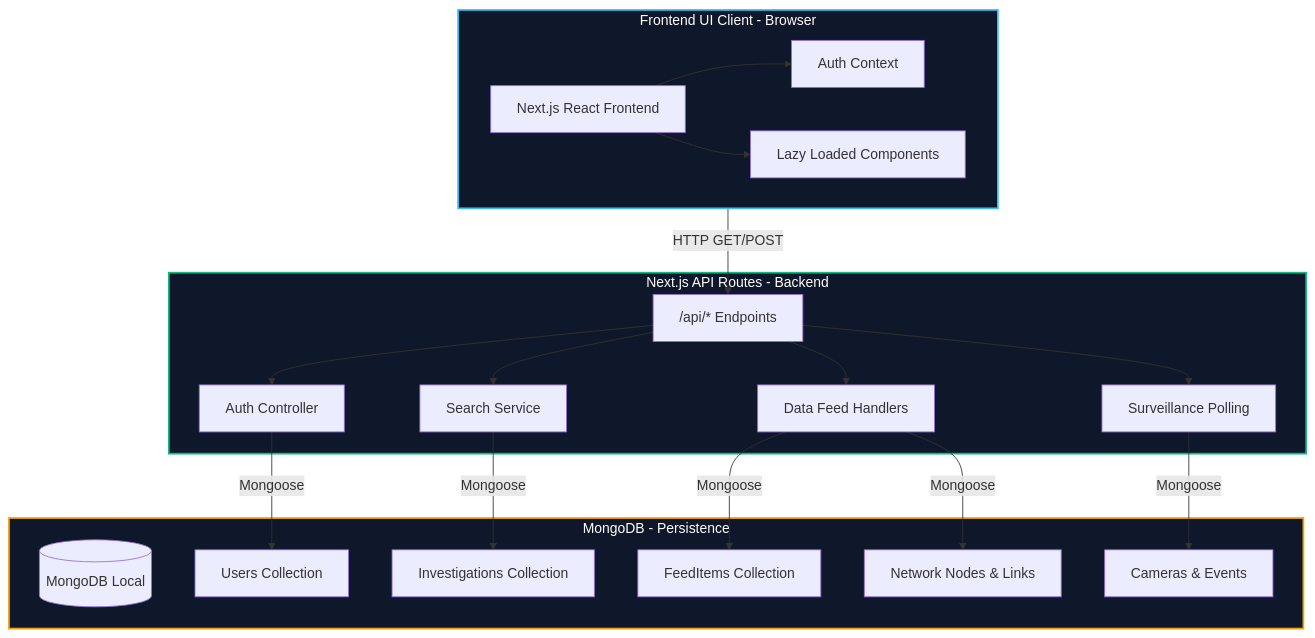
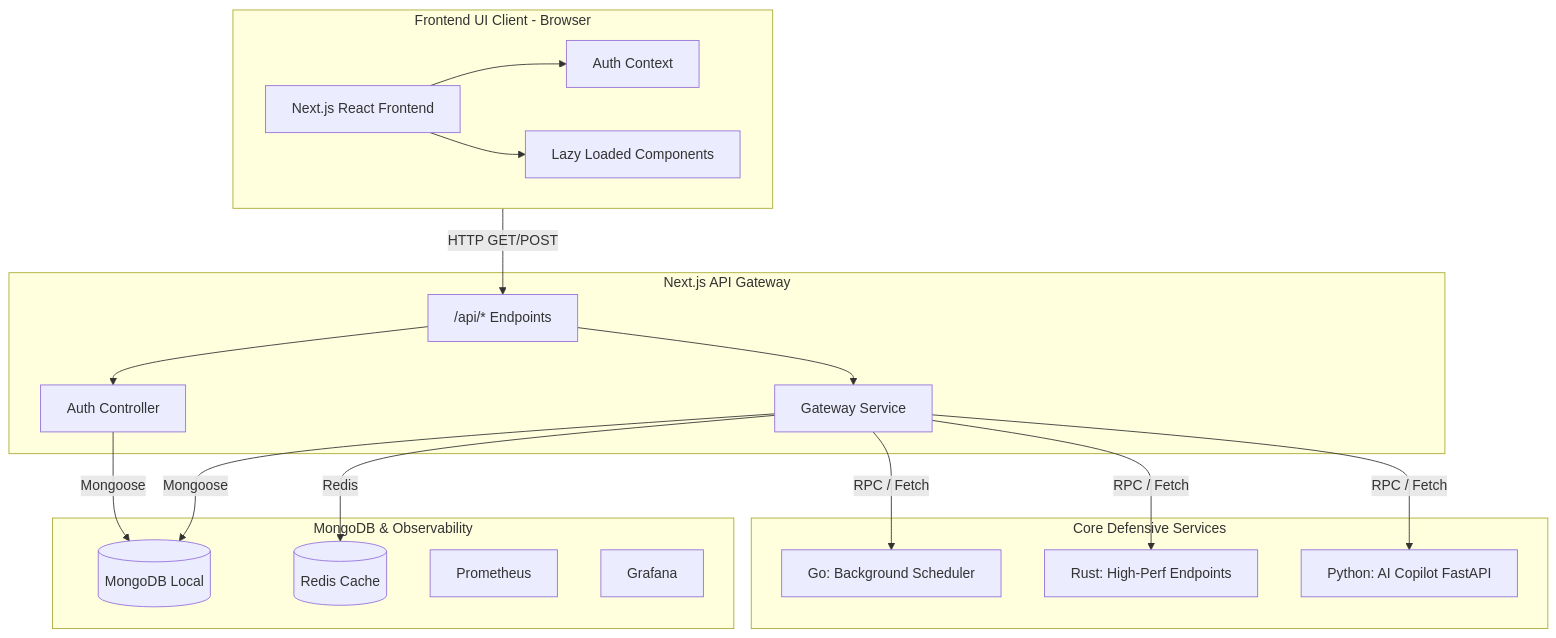
The first of 2 diagrams in README.md (gl1tch0x1/kaal-bhairav), drawn with Mermaid before and after one commit. The commit also changed other lines of this file and 25 other files, not shown here.

Commit message:
feat: complete platform overhaul - microservices, gis mapping, and observability stack

````diff
--- a/README.md
+++ b/README.md
@@ -34,44 +35,42 @@
 ```mermaid
 graph TD
     subgraph Client [Frontend UI Client - Browser]
         UI[Next.js React Frontend]
         AuthC[Auth Context]
         Components[Lazy Loaded Components]
         UI --> AuthC
         UI --> Components
     end
 
-    subgraph API [Next.js API Routes - Backend]
+    subgraph API [Next.js API Gateway]
         Router["/api/* Endpoints"]
         Auth[Auth Controller]
-        Search[Search Service]
-        Surveillance[Surveillance Polling]
-        DataFeeds[Data Feed Handlers]
+        Search[Gateway Service]
+    end
+    
+    subgraph Microservices [Core Defensive Services]
+        Go[Go: Background Scheduler]
+        Rust[Rust: High-Perf Endpoints]
+        Python[Python: AI Copilot FastAPI]
     end
 
-    subgraph Database [MongoDB - Persistence]
+    subgraph Database [MongoDB & Observability]
         DB[(MongoDB Local)]
-        Users[Users Collection]
-        Investigations[Investigations Collection]
-        Feeds[FeedItems Collection]
-        Nodes[Network Nodes & Links]
-        Cameras[Cameras & Events]
+        Redis[(Redis Cache)]
+        Prom[Prometheus]
+        Graf[Grafana]
     end
 
     %% Flow
     Client -- HTTP GET/POST --> Router
     Router --> Auth
     Router --> Search
-    Router --> Surveillance
-    Router --> DataFeeds
+    
+    Search -- RPC / Fetch --> Go
+    Search -- RPC / Fetch --> Rust
+    Search -- RPC / Fetch --> Python
 
-    Auth -- Mongoose --> Users
-    Search -- Mongoose --> Investigations
-    DataFeeds -- Mongoose --> Feeds
-    Surveillance -- Mongoose --> Cameras
-    DataFeeds -- Mongoose --> Nodes
-    
-    style Client fill:#0f172a,stroke:#38bdf8,stroke-width:2px,color:#fff
-    style API fill:#0f172a,stroke:#10b981,stroke-width:2px,color:#fff
-    style Database fill:#0f172a,stroke:#f59e0b,stroke-width:2px,color:#fff
+    Auth -- Mongoose --> DB
+    Search -- Mongoose --> DB
+    Search -- Redis --> Redis
 ```
````
